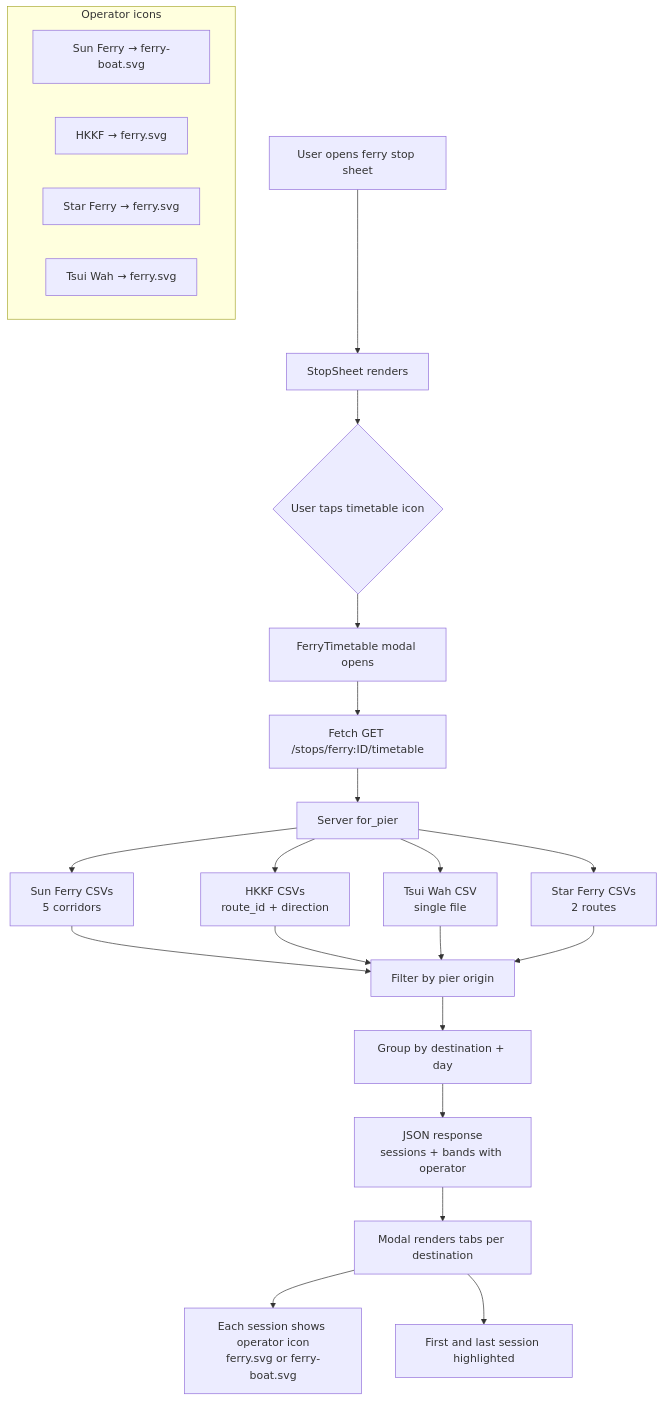
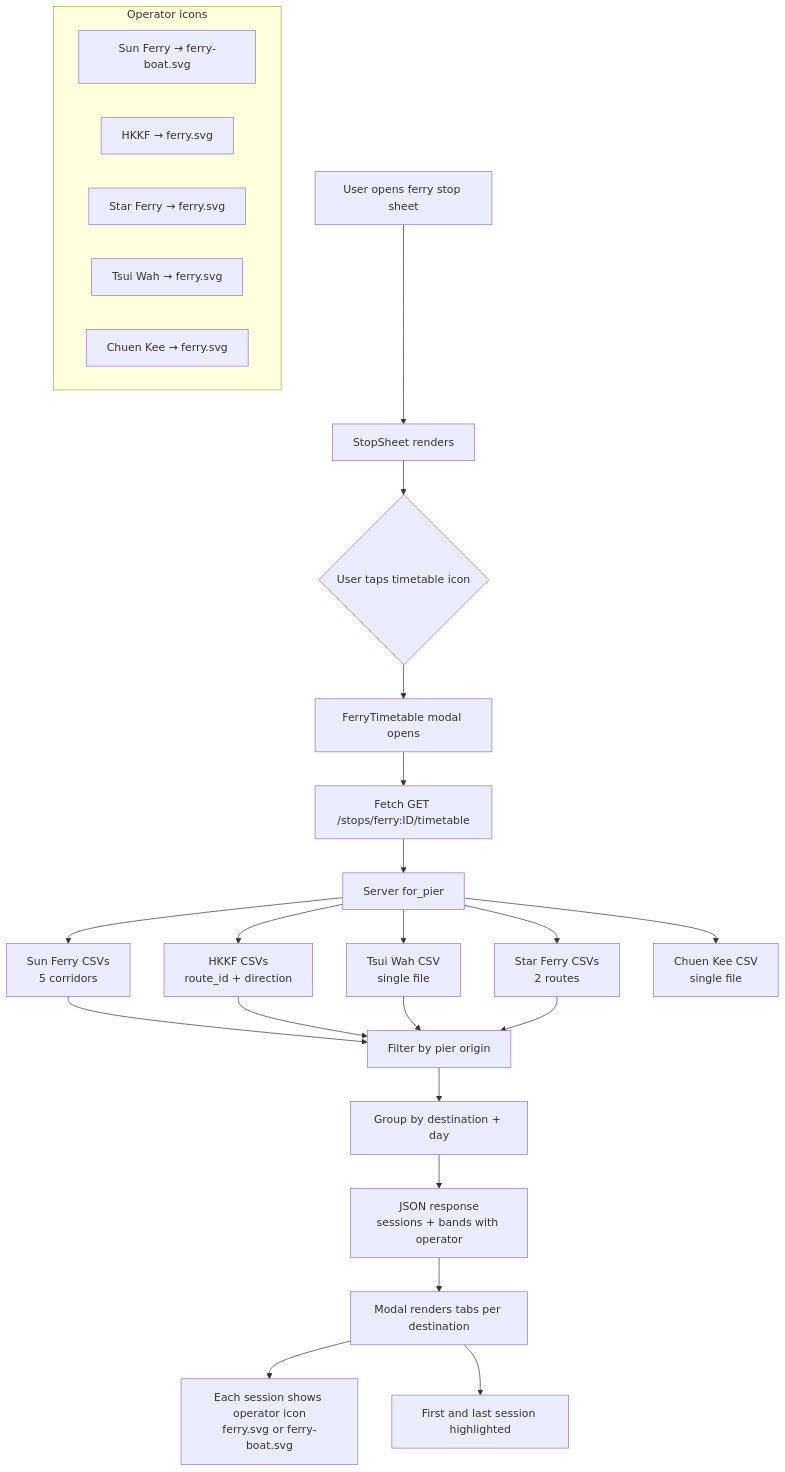
The first of 3 diagrams in DATA.md (iravan/realtime-hk-traffic), drawn with Mermaid before and after one commit. The commit also changed other lines of this file, not shown here.

Commit message:
docs: update DATA.md with Chuen Kee Ferry and holidays endpoint

````diff
--- a/DATA.md
+++ b/DATA.md
@@ -649,28 +649,30 @@
 ```mermaid
 flowchart TD
     A[User opens ferry stop sheet] --> B[StopSheet renders]
     B --> C{User taps timetable icon}
     C --> D[FerryTimetable modal opens]
     D --> E[Fetch GET /stops/ferry:ID/timetable]
     E --> F[Server for_pier]
     F --> G1[Sun Ferry CSVs<br/>5 corridors]
     F --> G2[HKKF CSVs<br/>route_id + direction]
     F --> G3[Tsui Wah CSV<br/>single file]
     F --> G4[Star Ferry CSVs<br/>2 routes]
+    F --> G5[Chuen Kee CSV<br/>single file]
     G1 --> H[Filter by pier origin]
     G2 --> H
     G3 --> H
     G4 --> H
     H --> I[Group by destination + day]
     I --> J[JSON response<br/>sessions + bands with operator]
     J --> K[Modal renders tabs per destination]
     K --> L[Each session shows operator icon<br/>ferry.svg or ferry-boat.svg]
     K --> M[First and last session highlighted]
 
     subgraph "Operator icons"
         N[Sun Ferry → ferry-boat.svg]
         O[HKKF → ferry.svg]
         P[Star Ferry → ferry.svg]
         Q[Tsui Wah → ferry.svg]
+        R[Chuen Kee → ferry.svg]
     end
 ```
````
